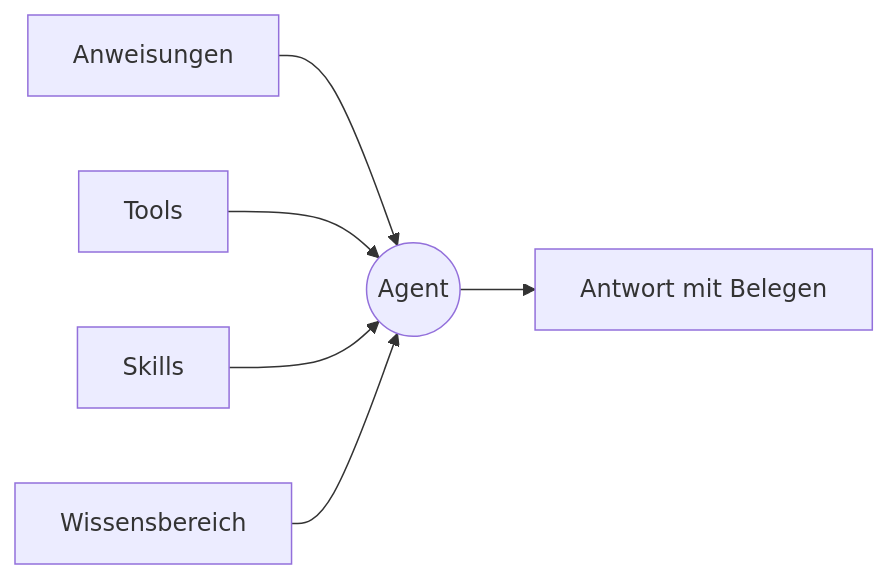
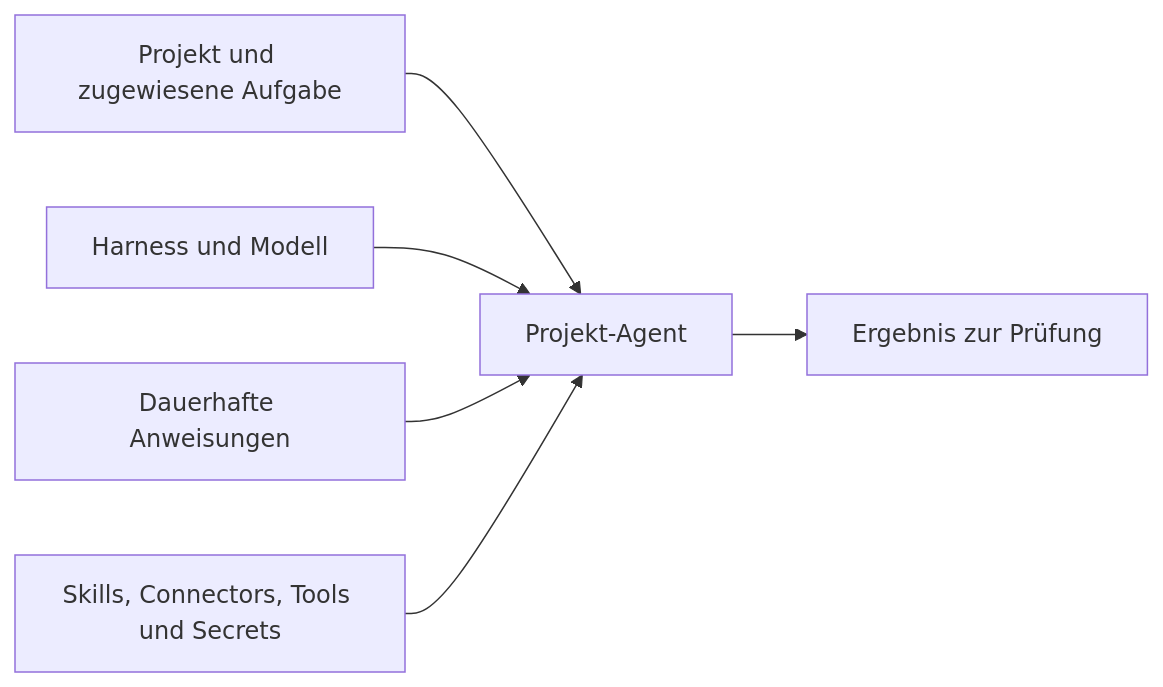
One commit to tale-project/tale changed the diagram in docs/de/platform/agents/concepts.md. Above: the diagram before and after it, drawn with Mermaid. The commit also changed other lines of this file and 135 other files, not shown here.

````diff
--- a/docs/de/platform/agents/concepts.md
+++ b/docs/de/platform/agents/concepts.md
@@ -30,8 +26,8 @@
 ```mermaid
 flowchart LR
-    I[Anweisungen] --> A((Agent))
-    T[Tools] --> A
-    S[Skills] --> A
-    K[Wissensbereich] --> A
-    A --> R[Antwort mit Belegen]
+    P[Projekt und zugewiesene Aufgabe] --> A[Projekt-Agent]
+    H[Harness und Modell] --> A
+    I[Dauerhafte Anweisungen] --> A
+    E[Skills, Connectors, Tools und Secrets] --> A
+    A --> R[Ergebnis zur Prüfung]
 ```
````
